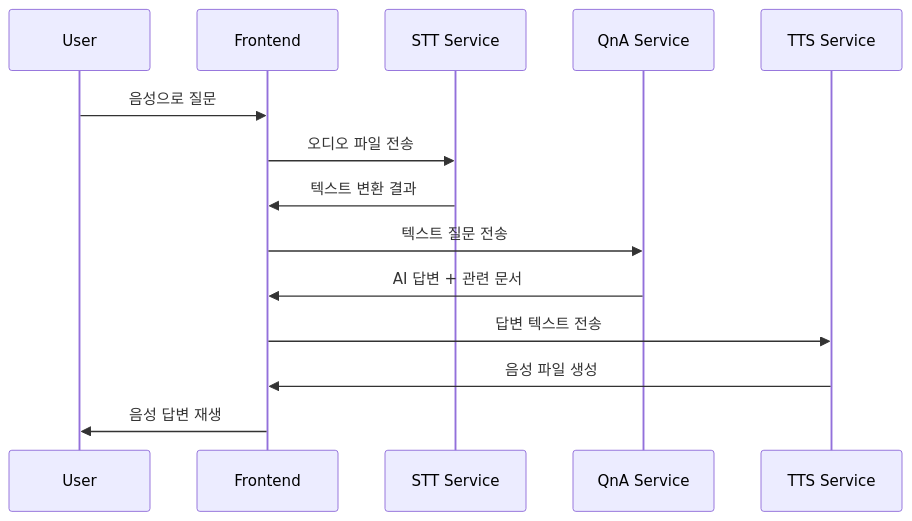
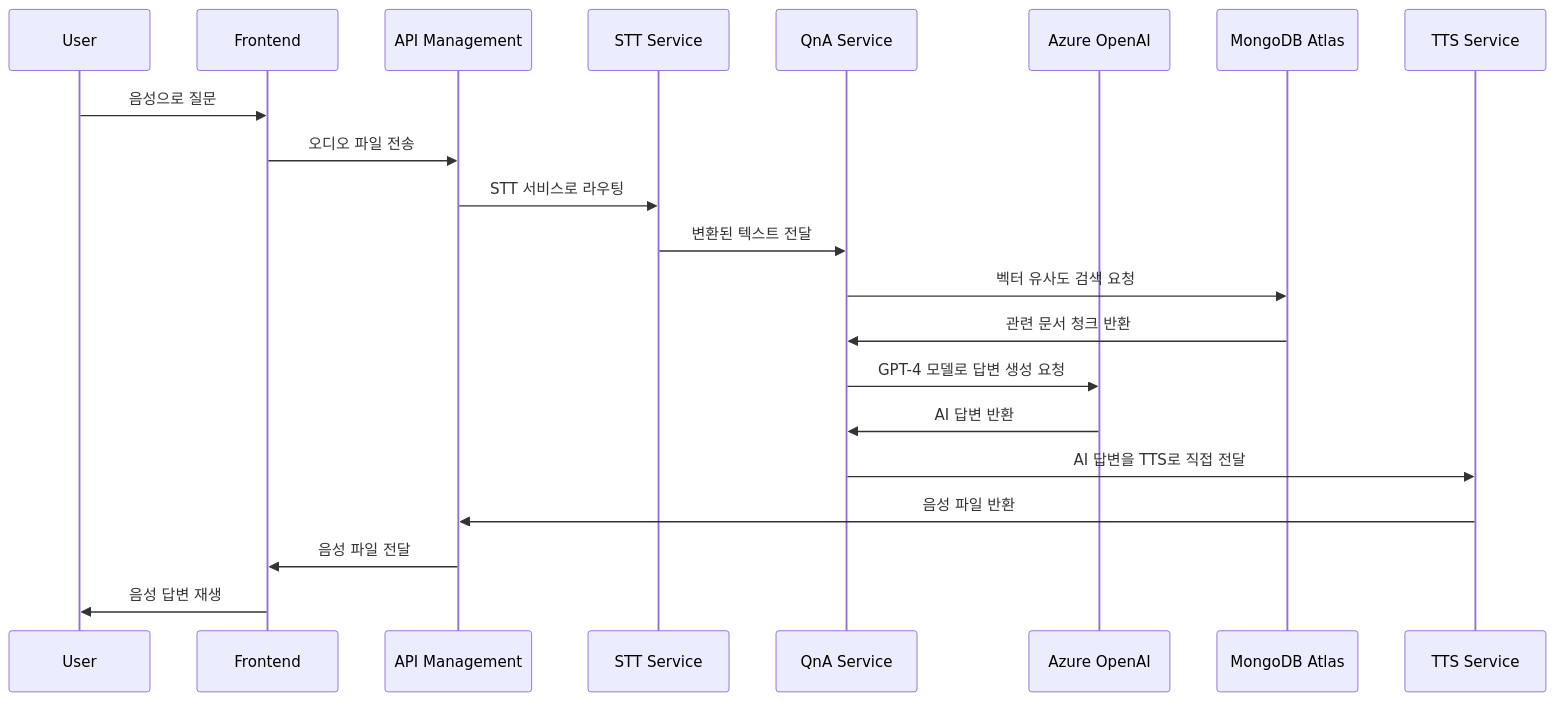
One commit to hadonas/kt_aicc_hub changed the first of 3 diagrams in README.md. Above: the diagram before and after it, drawn with Mermaid. The commit also changed other lines of this file, not shown here.

Commit message:
docs: README 개선 - API Management 추가, 플로우 상세화, 순서 정리

````diff
--- a/README.md
+++ b/README.md
@@ -89,17 +90,24 @@
 ```mermaid
 sequenceDiagram
     participant U as User
     participant F as Frontend
+    participant APIM as API Management
     participant STT as STT Service
     participant QnA as QnA Service
+    participant AO as Azure OpenAI
+    participant M as MongoDB Atlas
     participant TTS as TTS Service
     
     U->>F: 음성으로 질문
-    F->>STT: 오디오 파일 전송
-    STT->>F: 텍스트 변환 결과
-    F->>QnA: 텍스트 질문 전송
-    QnA->>F: AI 답변 + 관련 문서
-    F->>TTS: 답변 텍스트 전송
-    TTS->>F: 음성 파일 생성
+    F->>APIM: 오디오 파일 전송
+    APIM->>STT: STT 서비스로 라우팅
+    STT->>QnA: 변환된 텍스트 전달
+    QnA->>M: 벡터 유사도 검색 요청
+    M->>QnA: 관련 문서 청크 반환
+    QnA->>AO: GPT-4 모델로 답변 생성 요청
+    AO->>QnA: AI 답변 반환
+    QnA->>TTS: AI 답변을 TTS로 직접 전달
+    TTS->>APIM: 음성 파일 반환
+    APIM->>F: 음성 파일 전달
     F->>U: 음성 답변 재생
 ```
````
